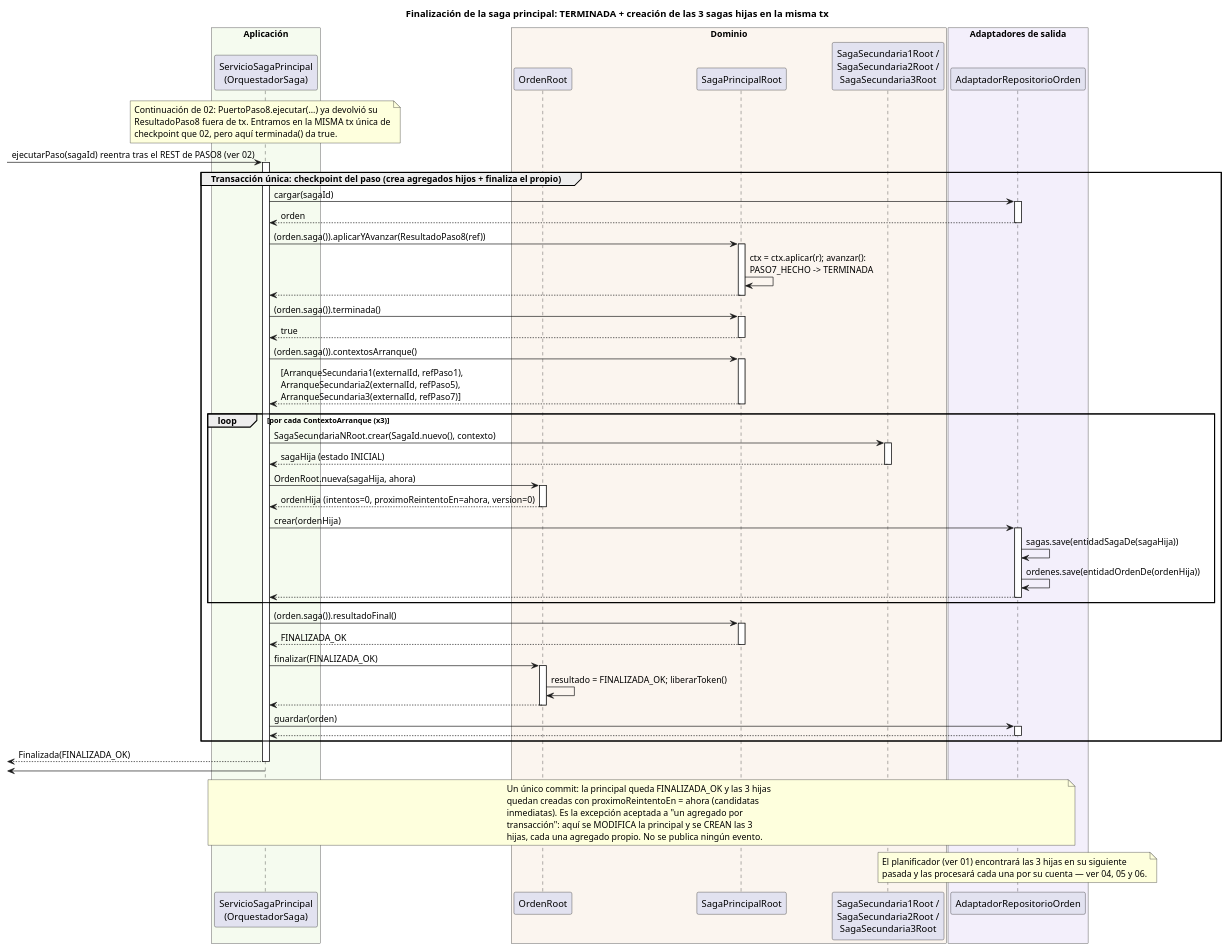
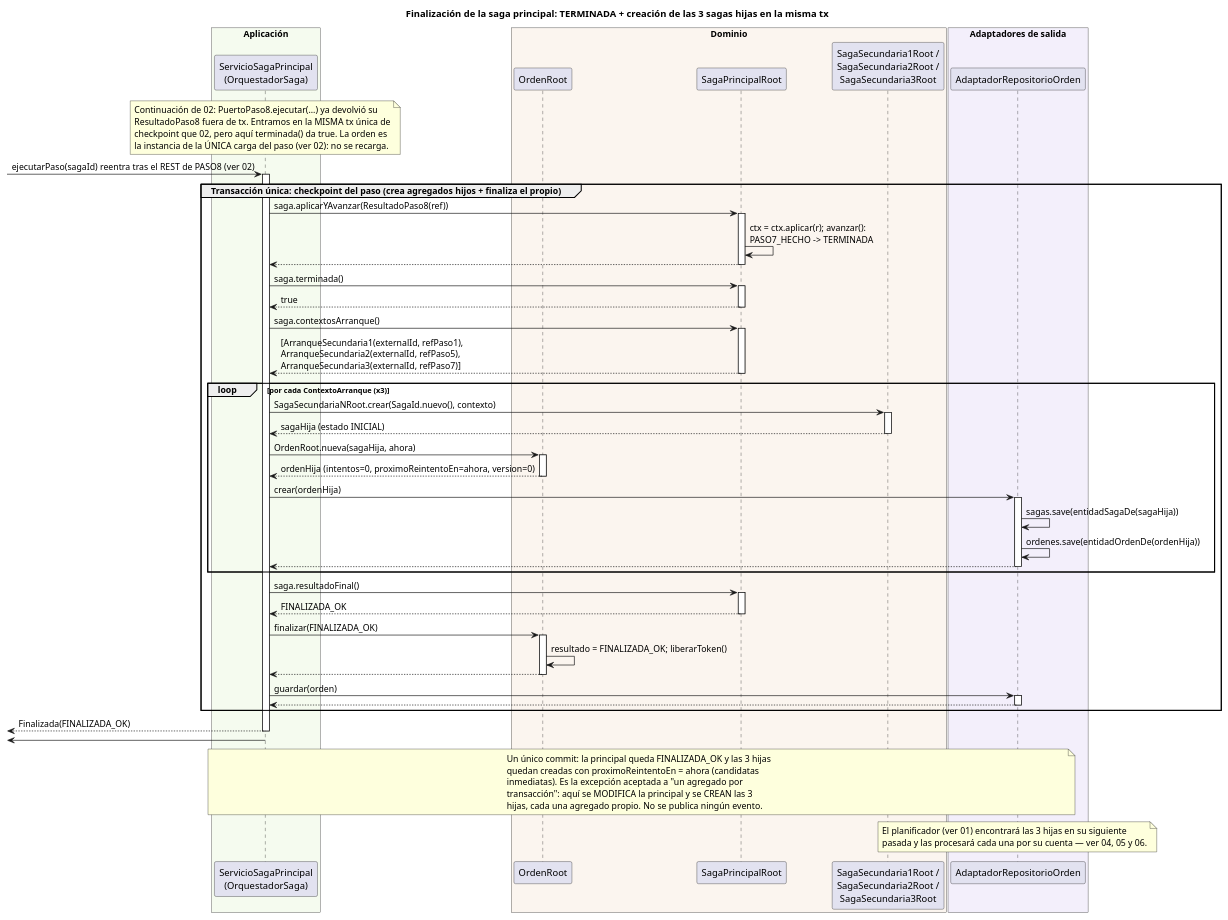
The diagram in order-manager/docs/03-finalizacion-saga-principal.puml (ralcazar/patrones), drawn with PlantUML before and after one commit. The commit also changed 27 other files, not shown here.

First line of the commit message:
Takeover seguro real: una única carga por paso, sin recarga dentro de la tx

```diff
--- a/order-manager/docs/03-finalizacion-saga-principal.puml
+++ b/order-manager/docs/03-finalizacion-saga-principal.puml
@@ -1,72 +1,71 @@
 @startuml 03-finalizacion-saga-principal
 title Finalización de la saga principal: TERMINADA + creación de las 3 sagas hijas en la misma tx
 
 box "Aplicación" #F5FBEF
   participant "ServicioSagaPrincipal\n(OrquestadorSaga)" as ORQ
 end box
 box "Dominio" #FBF5EF
   participant "OrdenRoot" as ORDEN
   participant "SagaPrincipalRoot" as SAGA
   participant "SagaSecundaria1Root /\nSagaSecundaria2Root /\nSagaSecundaria3Root" as HIJAS
 end box
 box "Adaptadores de salida" #F3EFFB
   participant "AdaptadorRepositorioOrden" as REPO
 end box
 
 note over ORQ
   Continuación de 02: PuertoPaso8.ejecutar(...) ya devolvió su
   ResultadoPaso8 fuera de tx. Entramos en la MISMA tx única de
-  checkpoint que 02, pero aquí terminada() da true.
+  checkpoint que 02, pero aquí terminada() da true. La orden es
+  la instancia de la ÚNICA carga del paso (ver 02): no se recarga.
 end note
 
 [-> ORQ : ejecutarPaso(sagaId) reentra tras el REST de PASO8 (ver 02)
 activate ORQ
 
 group Transacción única: checkpoint del paso (crea agregados hijos + finaliza el propio)
-  ORQ -> REPO ++ : cargar(sagaId)
-  return orden
-  ORQ -> SAGA ++ : (orden.saga()).aplicarYAvanzar(ResultadoPaso8(ref))
+  ORQ -> SAGA ++ : saga.aplicarYAvanzar(ResultadoPaso8(ref))
   SAGA -> SAGA : ctx = ctx.aplicar(r); avanzar():\nPASO7_HECHO -> TERMINADA
   return
-  ORQ -> SAGA ++ : (orden.saga()).terminada()
+  ORQ -> SAGA ++ : saga.terminada()
   return true
 
-  ORQ -> SAGA ++ : (orden.saga()).contextosArranque()
+  ORQ -> SAGA ++ : saga.contextosArranque()
   return [ArranqueSecundaria1(externalId, refPaso1),\nArranqueSecundaria2(externalId, refPaso5),\nArranqueSecundaria3(externalId, refPaso7)]
 
   loop por cada ContextoArranque (x3)
     ORQ -> HIJAS ++ : SagaSecundariaNRoot.crear(SagaId.nuevo(), contexto)
     return sagaHija (estado INICIAL)
     ORQ -> ORDEN ++ : OrdenRoot.nueva(sagaHija, ahora)
     return ordenHija (intentos=0, proximoReintentoEn=ahora, version=0)
     ORQ -> REPO ++ : crear(ordenHija)
     REPO -> REPO : sagas.save(entidadSagaDe(sagaHija))
     REPO -> REPO : ordenes.save(entidadOrdenDe(ordenHija))
     return
   end
 
-  ORQ -> SAGA ++ : (orden.saga()).resultadoFinal()
+  ORQ -> SAGA ++ : saga.resultadoFinal()
   return FINALIZADA_OK
   ORQ -> ORDEN ++ : finalizar(FINALIZADA_OK)
   ORDEN -> ORDEN : resultado = FINALIZADA_OK; liberarToken()
   return
   ORQ -> REPO ++ : guardar(orden)
   return
 end
 return Finalizada(FINALIZADA_OK)
 [<- ORQ
 deactivate ORQ
 
 note over ORQ, REPO
   Un único commit: la principal queda FINALIZADA_OK y las 3 hijas
   quedan creadas con proximoReintentoEn = ahora (candidatas
   inmediatas). Es la excepción aceptada a "un agregado por
   transacción": aquí se MODIFICA la principal y se CREAN las 3
   hijas, cada una agregado propio. No se publica ningún evento.
 end note
 
 note over REPO
   El planificador (ver 01) encontrará las 3 hijas en su siguiente
   pasada y las procesará cada una por su cuenta — ver 04, 05 y 06.
 end note
 @enduml
```
